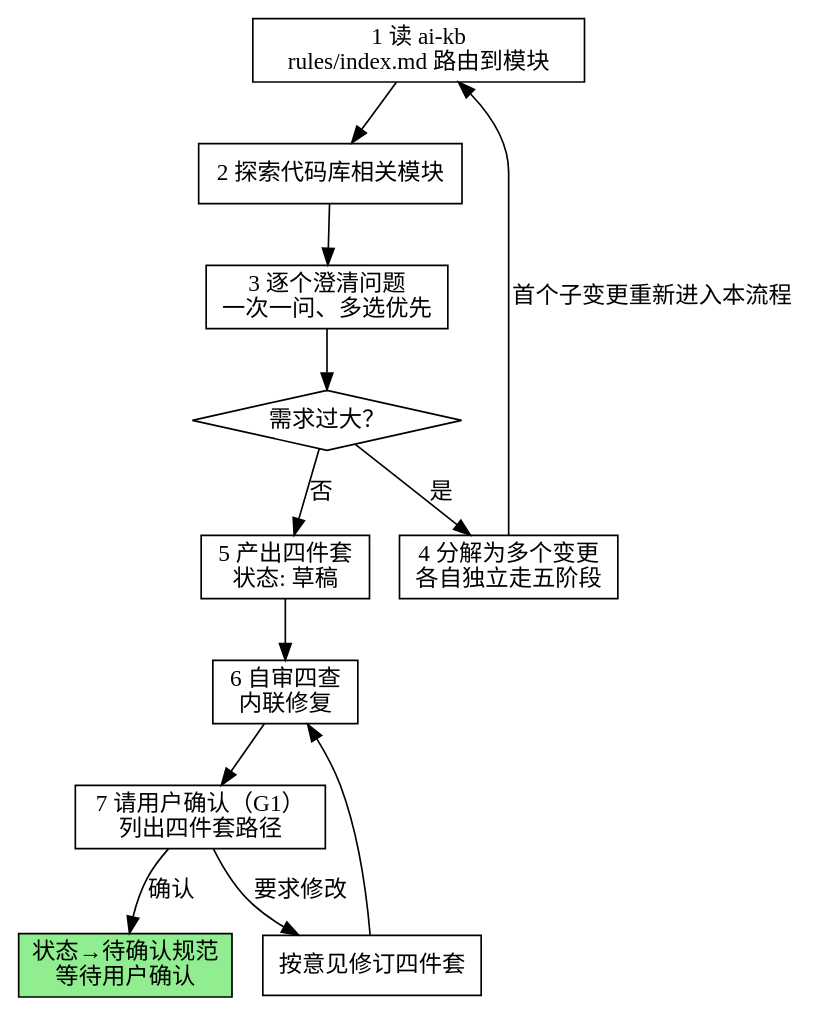
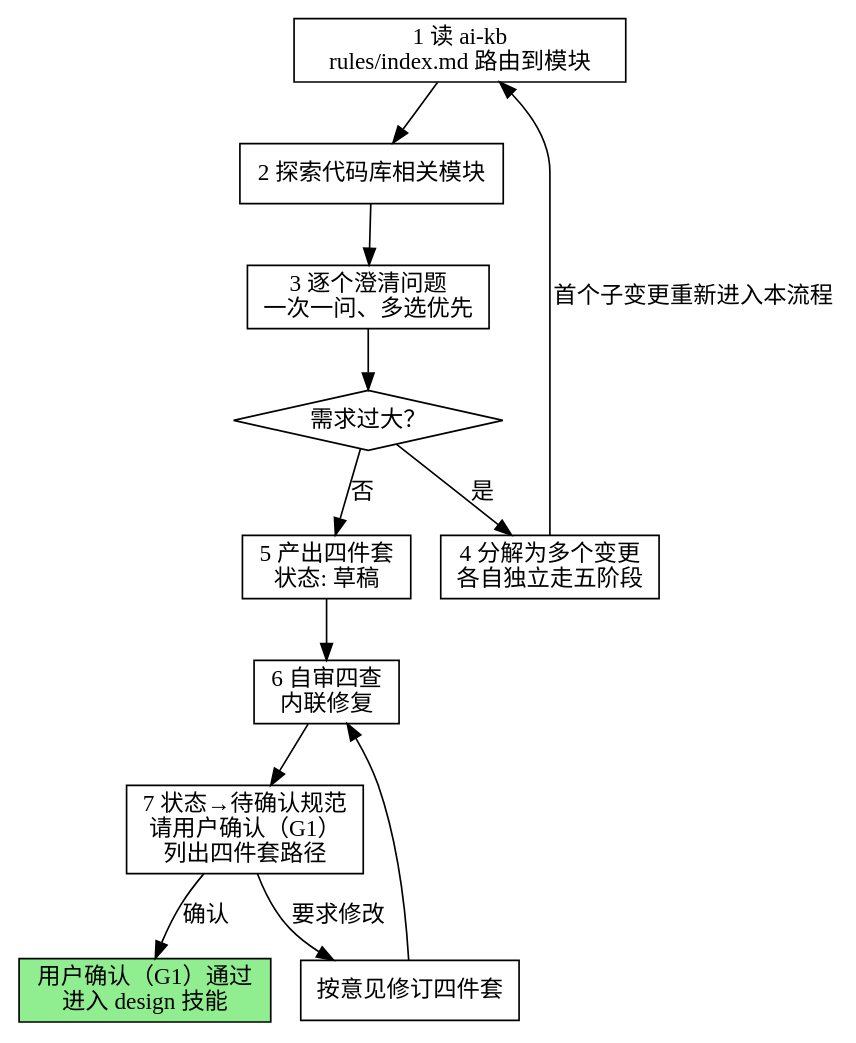
One commit to yoyoow006/ai_agent changed the diagram in .claude/skills/open/SKILL.md. Above: the diagram before and after it, drawn with Graphviz. The commit also changed other lines of this file and 9 other files, not shown here.

````diff
--- a/.claude/skills/open/SKILL.md
+++ b/.claude/skills/open/SKILL.md
@@ -14,24 +14,24 @@
 ```dot
 digraph open {
     rankdir=TB;
     kb [label="1 读 ai-kb\nrules/index.md 路由到模块", shape=box];
     explore [label="2 探索代码库相关模块", shape=box];
     clarify [label="3 逐个澄清问题\n一次一问、多选优先", shape=box];
     toobig [label="需求过大？", shape=diamond];
     decompose [label="4 分解为多个变更\n各自独立走五阶段", shape=box];
     artifacts [label="5 产出四件套\n状态: 草稿", shape=box];
     selfreview [label="6 自审四查\n内联修复", shape=box];
-    confirm [label="7 请用户确认（G1）\n列出四件套路径", shape=box];
+    confirm [label="7 状态→待确认规范\n请用户确认（G1）\n列出四件套路径", shape=box];
     revise [label="按意见修订四件套", shape=box];
-    done [label="状态→待确认规范\n等待用户确认", shape=box, style=filled, fillcolor=lightgreen];
+    done [label="用户确认（G1）通过\n进入 design 技能", shape=box, style=filled, fillcolor=lightgreen];
 
     kb -> explore -> clarify -> toobig;
     toobig -> decompose [label="是"];
     decompose -> kb [label="首个子变更重新进入本流程"];
     toobig -> artifacts [label="否"];
     artifacts -> selfreview -> confirm;
     confirm -> revise [label="要求修改"];
     revise -> selfreview;
     confirm -> done [label="确认"];
 }
 ```
````
